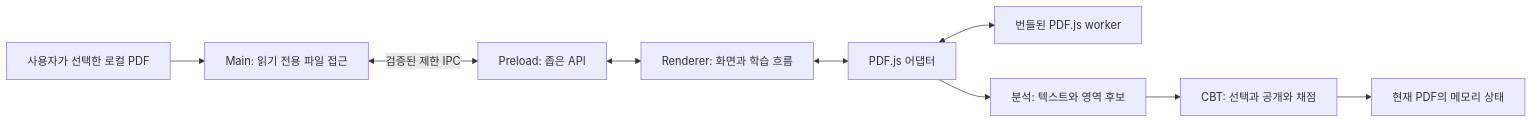
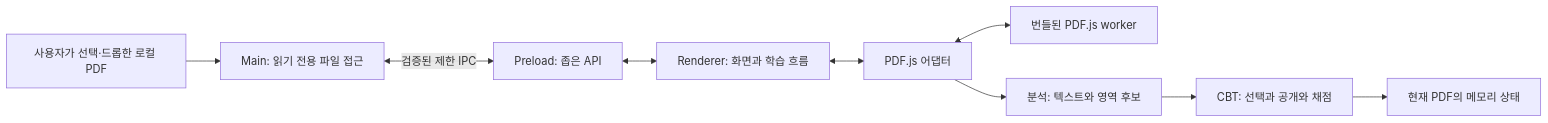
The diagram in docs/PROJECT_BIBLE.md (gom-kery/PDFolio), drawn with Mermaid before and after one commit. The commit also changed other lines of this file and 17 other files, not shown here.

````diff
--- a/docs/PROJECT_BIBLE.md
+++ b/docs/PROJECT_BIBLE.md
@@ -66,11 +66,11 @@
 ```mermaid
 flowchart LR
-  LocalPDF[사용자가 선택한 로컬 PDF] --> Main[Main: 읽기 전용 파일 접근]
+  LocalPDF[사용자가 선택·드롭한 로컬 PDF] --> Main[Main: 읽기 전용 파일 접근]
   Main <-->|검증된 제한 IPC| Preload[Preload: 좁은 API]
   Preload <--> Renderer[Renderer: 화면과 학습 흐름]
   Renderer <--> PdfAdapter[PDF.js 어댑터]
   PdfAdapter <--> Worker[번들된 PDF.js worker]
   PdfAdapter --> Analysis[분석: 텍스트와 영역 후보]
   Analysis --> CBT[CBT: 선택과 공개와 채점]
   CBT --> Memory[현재 PDF의 메모리 상태]
 ```
````
